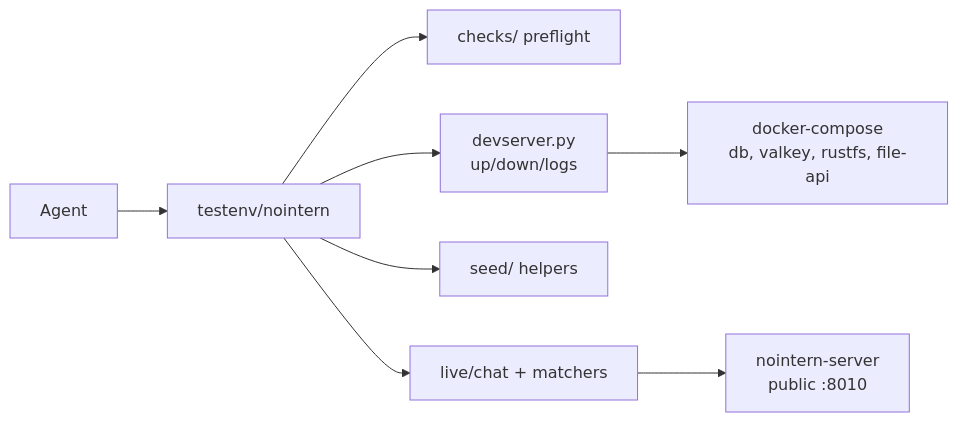
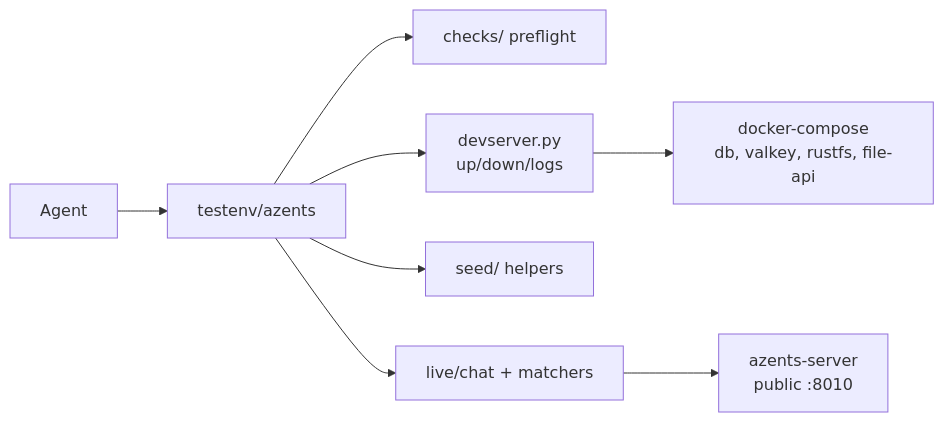
One commit to azents/azents changed the first of 2 diagrams in docs/azents/design/llm-tool-execution.md. Above: the diagram before and after it, drawn with Mermaid. The commit also changed other lines of this file and 245 other files, not shown here.

````diff
--- a/docs/azents/design/llm-tool-execution.md
+++ b/docs/azents/design/llm-tool-execution.md
@@ -59,10 +59,10 @@
 ```mermaid
 flowchart LR
-  A[Agent] --> B[testenv/nointern]
+  A[Agent] --> B[testenv/azents]
   B --> C[checks/ preflight]
   B --> D[devserver.py<br/>up/down/logs]
   B --> E[seed/ helpers]
   B --> F[live/chat + matchers]
   D --> G[docker-compose<br/>db, valkey, rustfs, file-api]
-  F --> H[nointern-server<br/>public :8010]
+  F --> H[azents-server<br/>public :8010]
 ```
````
